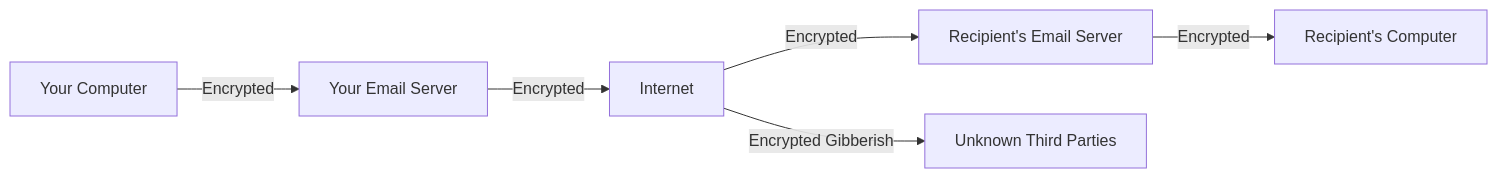
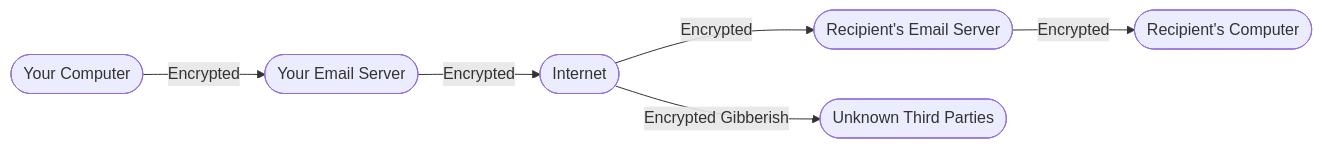
Before and after one commit to luizdepra/hugo-coder: the second of 6 diagrams in content/posts/email-security-for-writers.md, drawn with Mermaid. The commit also changed other lines of this file, not shown here.

Commit message:
style: Update Mermaid diagrams with rounded node corners

```diff
--- a/content/posts/email-security-for-writers.md
+++ b/content/posts/email-security-for-writers.md
@@ -41,8 +41,8 @@
 {{< mermaid >}}
 graph LR
-    A[Your Computer] -->|Encrypted| B[Your Email Server]
-    B -->|Encrypted| C[Internet]
-    C -->|Encrypted| D[Recipient's Email Server]
-    D -->|Encrypted| E[Recipient's Computer]
-    C -->|Encrypted Gibberish| F[Unknown Third Parties]
+    A([Your Computer]) -->|Encrypted| B([Your Email Server])
+    B -->|Encrypted| C([Internet])
+    C -->|Encrypted| D([Recipient's Email Server])
+    D -->|Encrypted| E([Recipient's Computer])
+    C -->|Encrypted Gibberish| F([Unknown Third Parties])
 {{< /mermaid >}}
```
